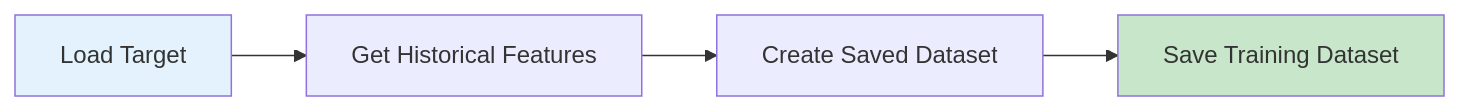
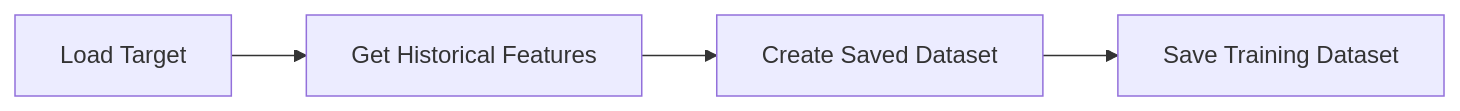
One commit to velosoberti/MLOps changed the third of 5 diagrams in README.md. Above: the diagram before and after it, drawn with Mermaid. The commit also changed other lines of this file, not shown here.

````diff
--- a/README.md
+++ b/README.md
@@ -183,9 +174,6 @@
 ```mermaid
 graph LR
     A[Load Target] --> B[Get Historical Features]
     B --> C[Create Saved Dataset]
     C --> D[Save Training Dataset]
-    
-    style A fill:#e3f2fd
-    style D fill:#c8e6c9
 ```
````
